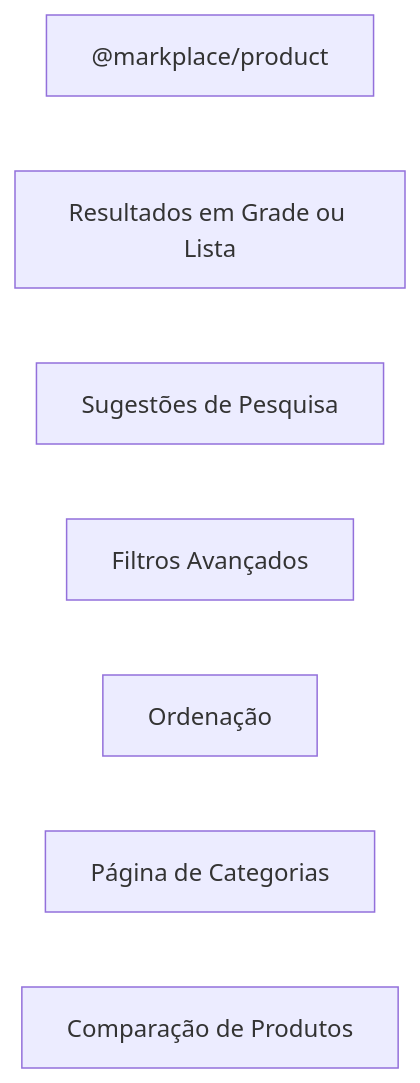
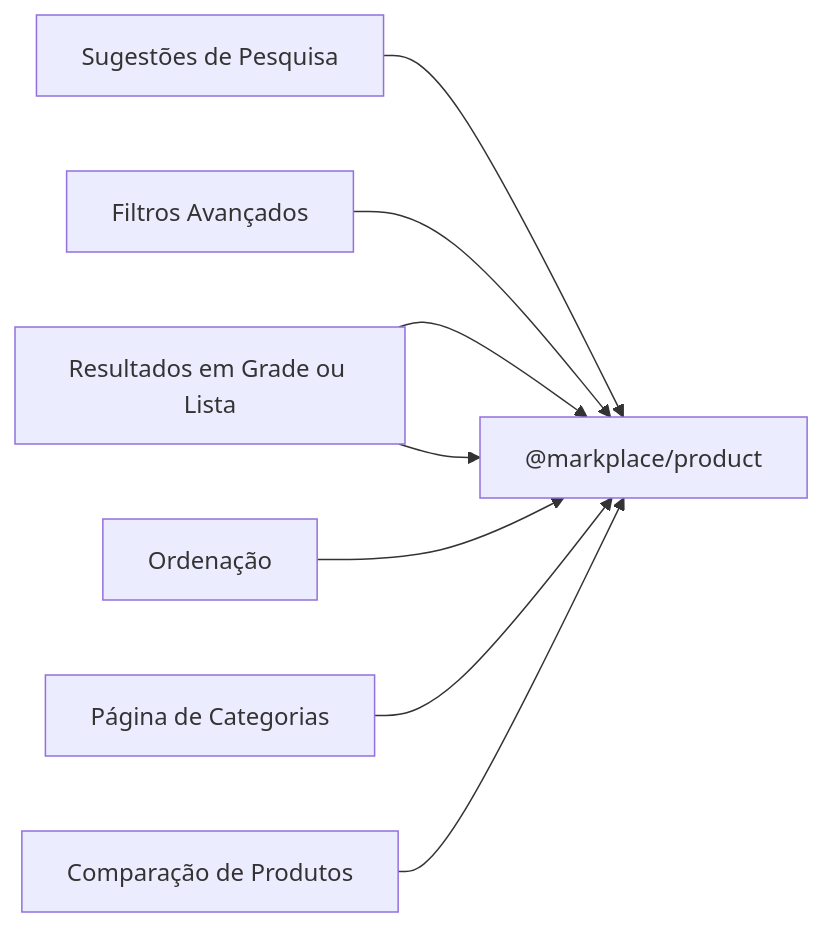
The diagram in apps/search-mf/README.md (gstcarv/meli-marketplace-frontend), drawn with Mermaid before and after one commit.

Commit message:
docs(search): fix mermaid flow

````diff
--- a/apps/search-mf/README.md
+++ b/apps/search-mf/README.md
@@ -7,12 +7,12 @@
 ```mermaid
 flowchart LR
     main["@markplace/product"]
 
-    resultados["Resultados de Pesquisa"]
-    sugestoes["Sugestões de Pesquisa"]
-    filtros["Filtros Avançados"]
-    ordenacao["Ordenação"]
-    pagina["Página de Categorias"]
-    resultados["Resultados em Grade ou Lista"]
-    comparacao["Comparação de Produtos"]
+    resultados["Resultados de Pesquisa"]-->main
+    sugestoes["Sugestões de Pesquisa"]-->main
+    filtros["Filtros Avançados"]-->main
+    ordenacao["Ordenação"]-->main
+    pagina["Página de Categorias"]-->main
+    resultados["Resultados em Grade ou Lista"]-->main
+    comparacao["Comparação de Produtos"]-->main
 ```
````
